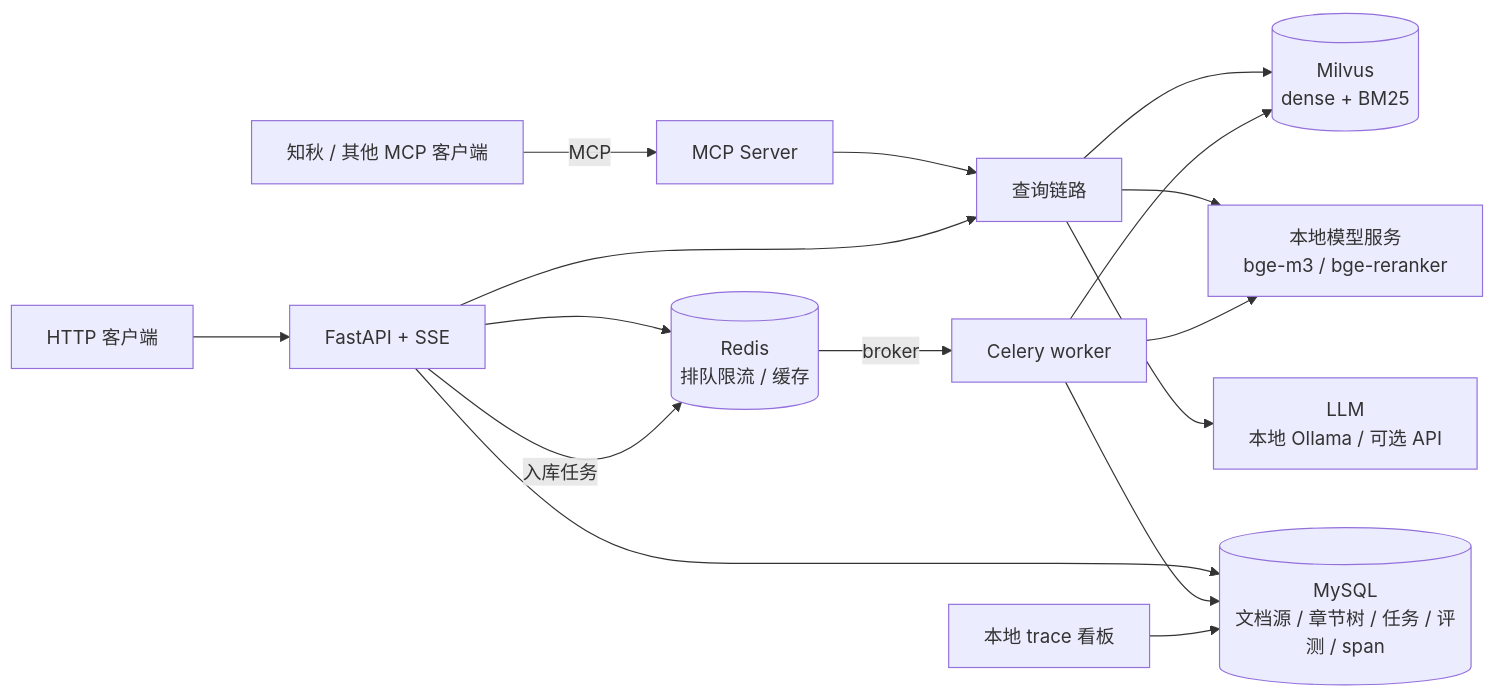
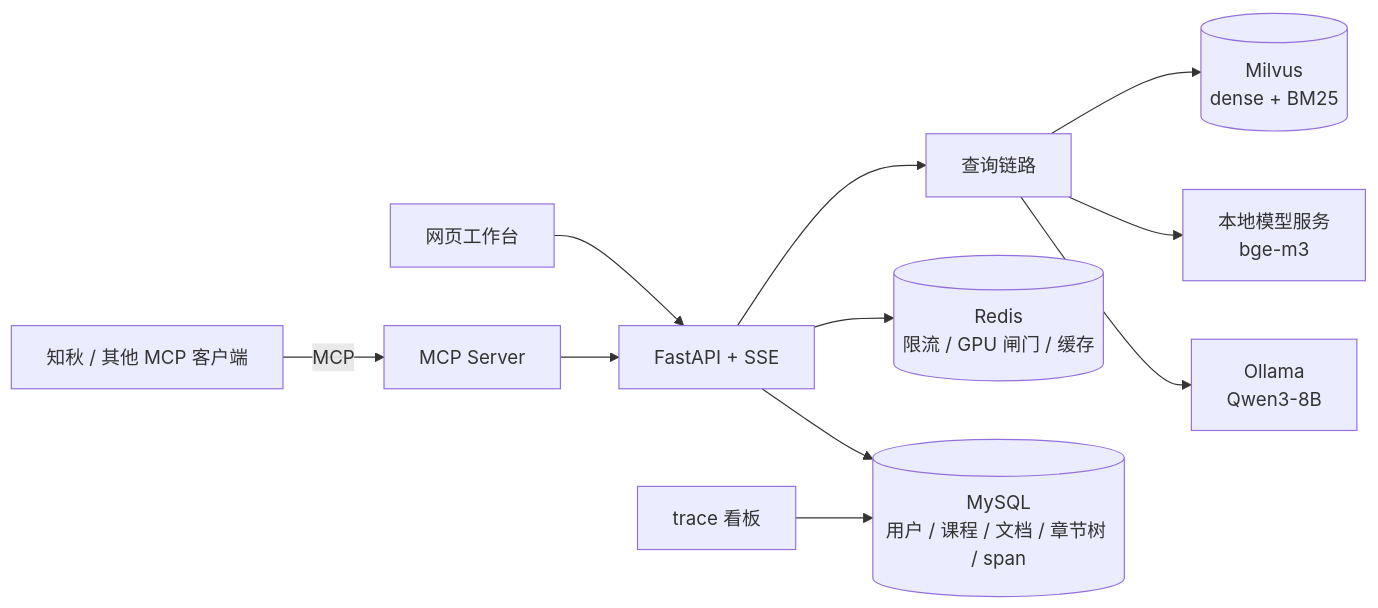
The diagram in docs/design.md (zjsyxzjsyx/wenyuan), drawn with Mermaid before and after one commit. The commit also changed other lines of this file and 1 other file, not shown here.

````diff
--- a/docs/design.md
+++ b/docs/design.md
@@ -265,18 +265,13 @@
 ```mermaid
 flowchart LR
   ZQ[知秋 / 其他 MCP 客户端] -->|MCP| MCP[MCP Server]
-  WEB[HTTP 客户端] --> API[FastAPI + SSE]
-  MCP --> Q[查询链路]
-  API --> Q
+  WEB[网页工作台] --> API[FastAPI + SSE]
+  MCP --> API
+  API --> Q[查询链路]
   Q --> MV[(Milvus<br/>dense + BM25)]
-  Q --> MS[本地模型服务<br/>bge-m3 / bge-reranker]
-  Q --> LLM[LLM<br/>本地 Ollama / 可选 API]
-  API --> R[(Redis<br/>排队限流 / 缓存)]
-  API --> DB[(MySQL<br/>文档源 / 章节树 / 任务 / 评测 / span)]
-  API -->|入库任务| R
-  R -->|broker| W[Celery worker]
-  W --> MV
-  W --> DB
-  W --> MS
-  DASH[本地 trace 看板] --> DB
+  Q --> MS[本地模型服务<br/>bge-m3]
+  Q --> LLM[Ollama<br/>Qwen3-8B]
+  API --> R[(Redis<br/>限流 / GPU 闸门 / 缓存)]
+  API --> DB[(MySQL<br/>用户 / 课程 / 文档 / 章节树 / span)]
+  DASH[trace 看板] --> DB
 ```
````
